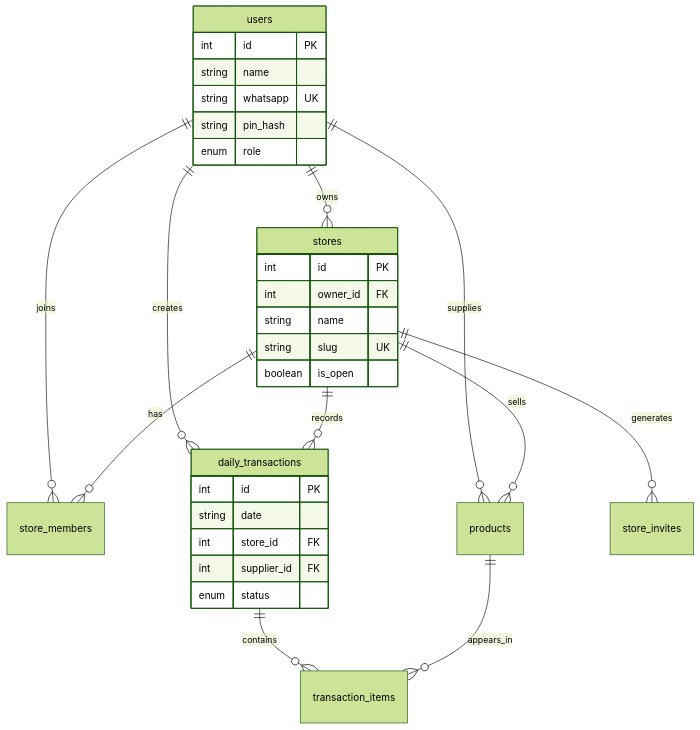
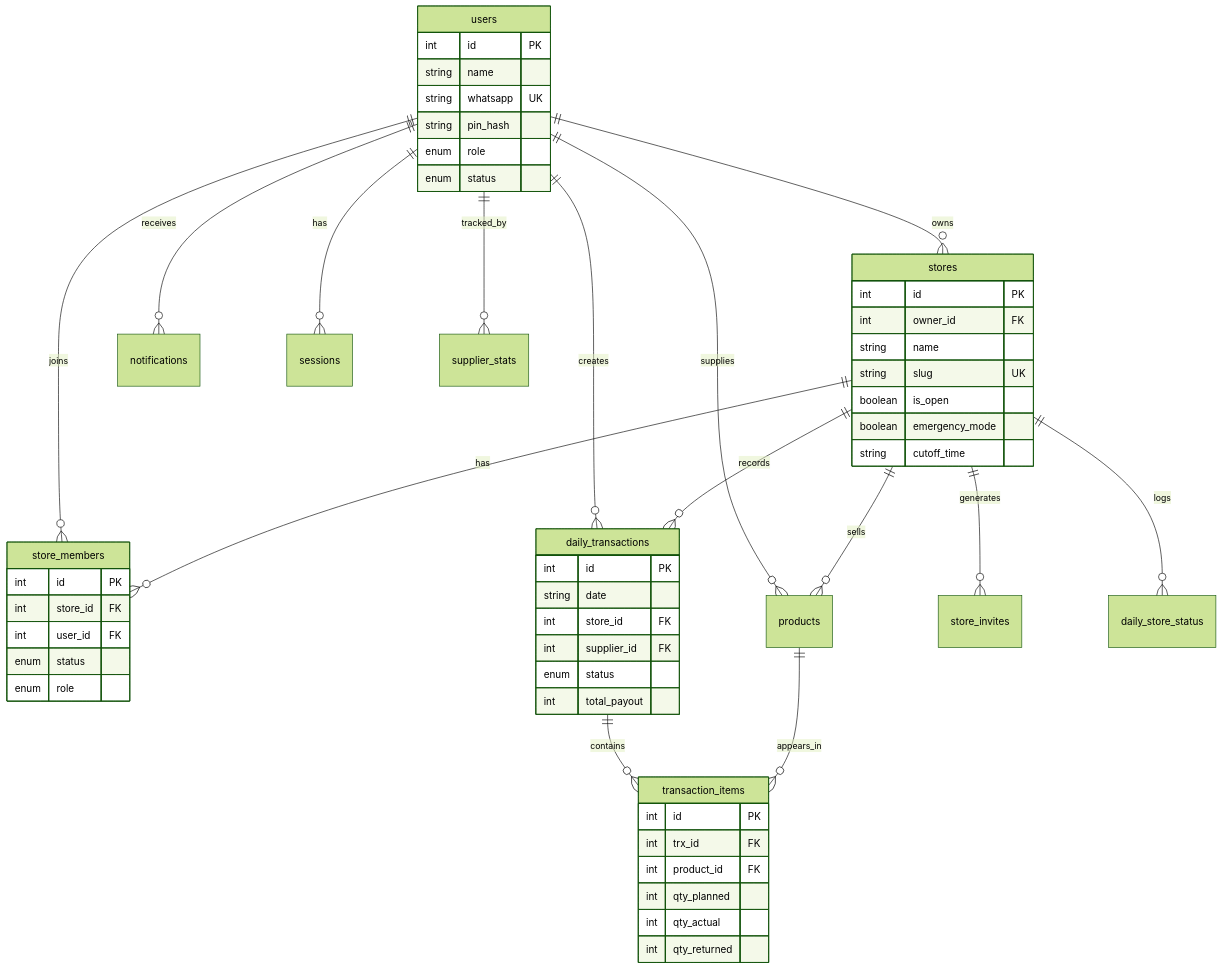
One commit to dayate/TitipIN changed the third of 5 diagrams in docs/ARCHITECTURE.md. Above: the diagram before and after it, drawn with Mermaid (forest theme). The commit also changed other lines of this file and 14 other files, not shown here.

````diff
--- a/docs/ARCHITECTURE.md
+++ b/docs/ARCHITECTURE.md
@@ -113,39 +189,65 @@
 ```mermaid
 erDiagram
     users ||--o{ stores : owns
     users ||--o{ store_members : joins
     users ||--o{ products : supplies
     users ||--o{ daily_transactions : creates
+    users ||--o{ notifications : receives
+    users ||--o{ sessions : has
+    users ||--o{ supplier_stats : tracked_by
 
     stores ||--o{ store_members : has
+    stores ||--o{ store_invites : generates
+
     stores ||--o{ products : sells
     stores ||--o{ daily_transactions : records
-    stores ||--o{ store_invites : generates
+    stores ||--o{ daily_store_status : logs
 
     daily_transactions ||--o{ transaction_items : contains
     products ||--o{ transaction_items : appears_in
 
     users {
         int id PK
         string name
         string whatsapp UK
         string pin_hash
         enum role
+        enum status
     }
 
     stores {
         int id PK
         int owner_id FK
         string name
         string slug UK
         boolean is_open
+        boolean emergency_mode
+        string cutoff_time
+    }
+
+    store_members {
+        int id PK
+        int store_id FK
+        int user_id FK
+        enum status
+        enum role
     }
 
     daily_transactions {
         int id PK
         string date
         int store_id FK
         int supplier_id FK
         enum status
+        int total_payout
+    }
+
+    transaction_items {
+        int id PK
+        int trx_id FK
+        int product_id FK
+        int qty_planned
+        int qty_actual
+        int qty_returned
     }
 ```
````
